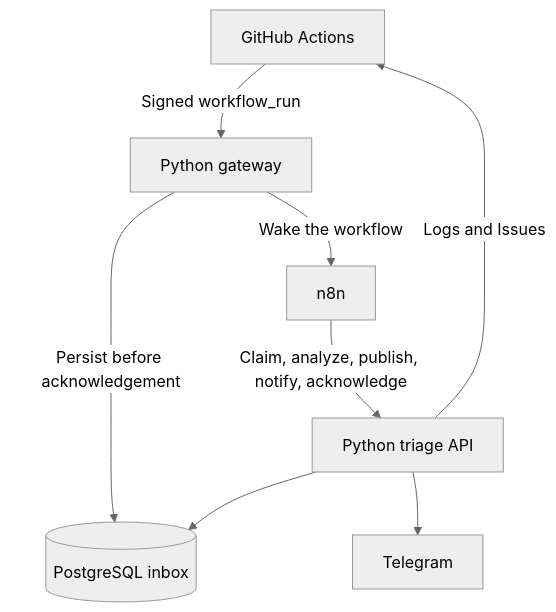
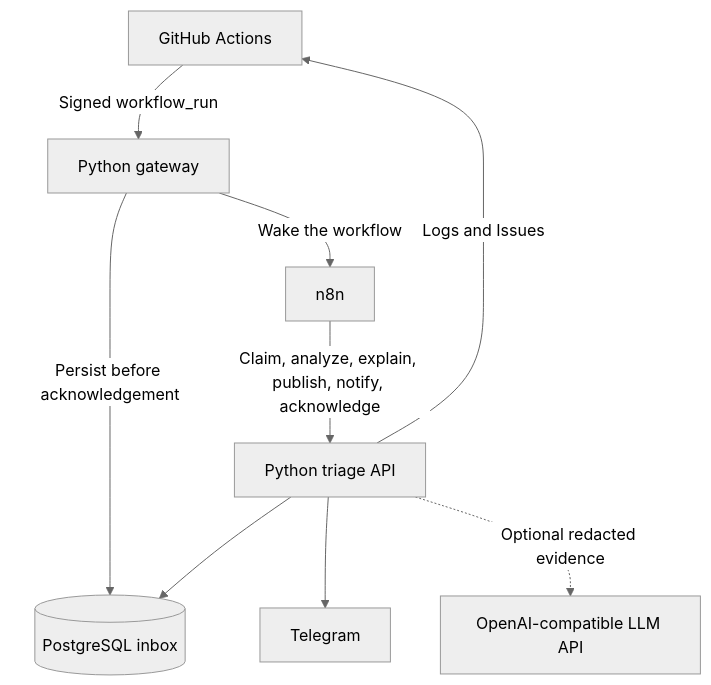
Before and after one commit to aboumelon/n8n-ci-triage: the diagram in README.md, drawn with Mermaid (neutral theme). The commit also changed other lines of this file and 17 other files, not shown here.

Commit message:
Add optional structured LLM investigation with safe fallback

````diff
--- a/README.md
+++ b/README.md
@@ -26,10 +28,11 @@
 ```mermaid
 flowchart TD
   G["GitHub Actions"] -->|"Signed workflow_run"| A["Python gateway"]
   A -->|"Persist before acknowledgement"| D[("PostgreSQL inbox")]
   A -->|"Wake the workflow"| N["n8n"]
-  N -->|"Claim, analyze, publish, notify, acknowledge"| S["Python triage API"]
+  N -->|"Claim, analyze, explain, publish, notify, acknowledge"| S["Python triage API"]
   S --> D
   S -->|"Logs and Issues"| G
   S --> T["Telegram"]
+  S -.->|"Optional redacted evidence"| L["OpenAI-compatible LLM API"]
 ```
````
